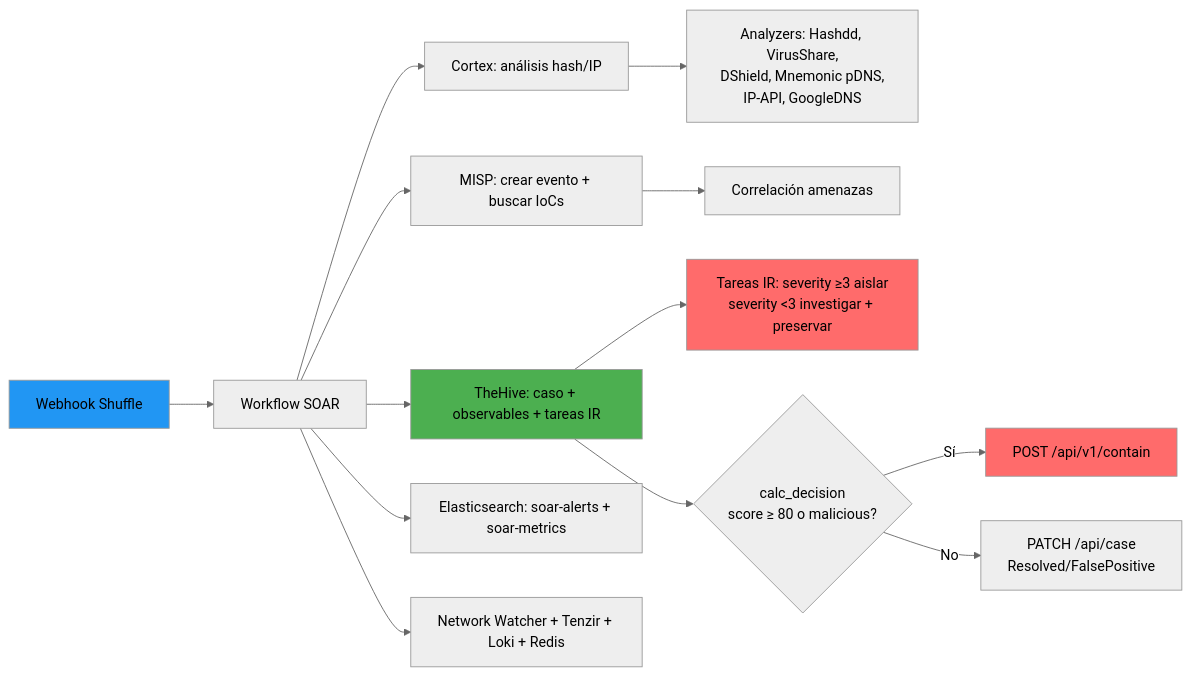
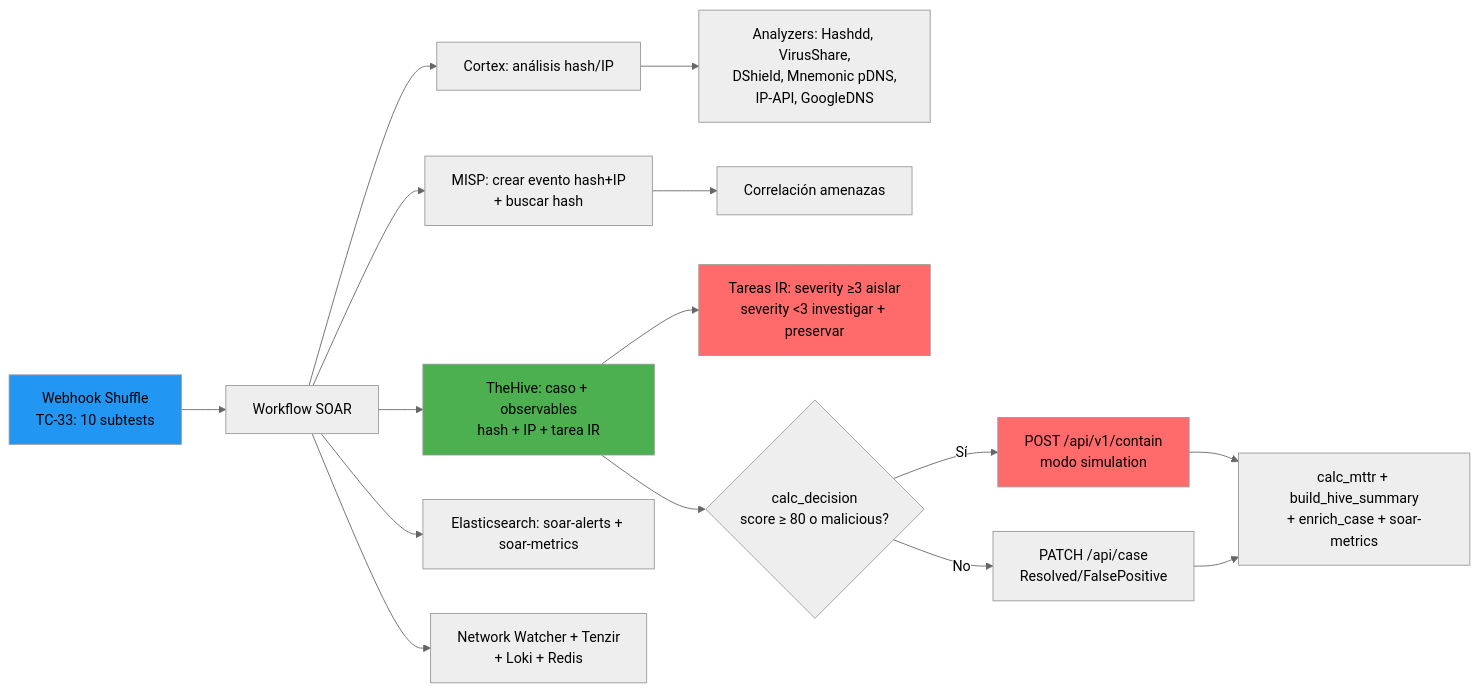
One commit to alesanfe/soar-ransomware-lab changed diagram 12 of 12 in docs/thesis/appendix_f.md. Above: the diagram before and after it, drawn with Mermaid (neutral theme). The commit also changed other lines of this file, not shown here.

````diff
--- a/docs/thesis/appendix_f.md
+++ b/docs/thesis/appendix_f.md
@@ -487,19 +509,21 @@
 ```mermaid
 graph LR
- A[Webhook Shuffle] --> B[Workflow SOAR]
+ A[Webhook Shuffle<br/>TC-33: 10 subtests] --> B[Workflow SOAR]
  B --> C[Cortex: análisis hash/IP]
- B --> D[MISP: crear evento + buscar IoCs]
- B --> E[TheHive: caso + observables + tareas IR]
+ B --> D[MISP: crear evento hash+IP<br/>+ buscar hash]
+ B --> E[TheHive: caso + observables<br/>hash + IP + tarea IR]
  B --> F[Elasticsearch: soar-alerts + soar-metrics]
- B --> M[Network Watcher + Tenzir + Loki + Redis]
+ B --> M[Network Watcher + Tenzir<br/>+ Loki + Redis]
  C --> G[Analyzers: Hashdd, VirusShare,<br/>DShield, Mnemonic pDNS,<br/>IP-API, GoogleDNS]
  D --> H[Correlación amenazas]
  E --> I[Tareas IR: severity ≥3 aislar<br/>severity <3 investigar + preservar]
  E --> J{calc_decision<br/>score ≥ 80 o malicious?}
- J -->|Sí| K[POST /api/v1/contain]
+ J -->|Sí| K[POST /api/v1/contain<br/>modo simulation]
  J -->|No| L[PATCH /api/case<br/>Resolved/FalsePositive]
+ K --> N[calc_mttr + build_hive_summary<br/>+ enrich_case + soar-metrics]
+ L --> N
  style A fill:#2196F3
  style E fill:#4CAF50
  style I fill:#ff6b6b
  style K fill:#ff6b6b
 ```
````
